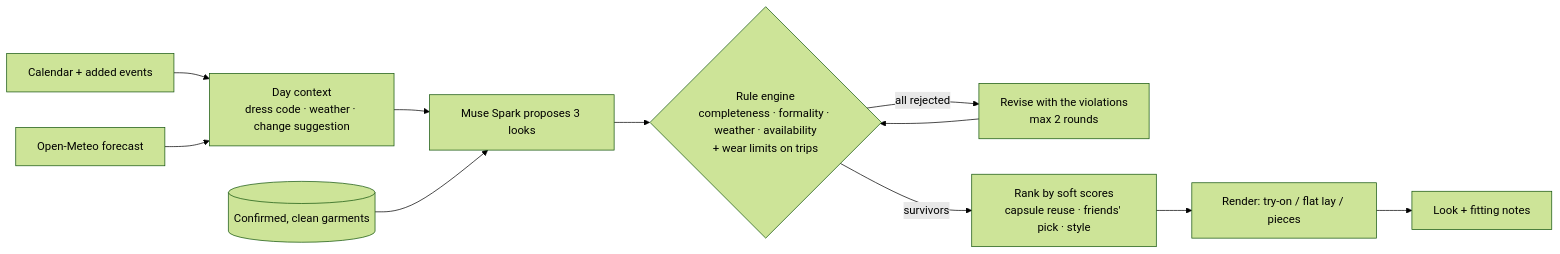
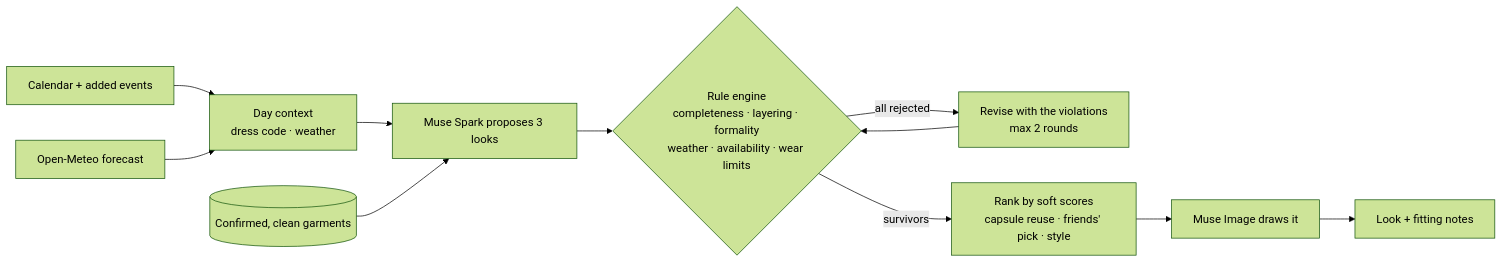
Before and after one commit to Mister-Coolman/wardrobe-stylist: the diagram in README.md, drawn with Mermaid (forest theme). The commit also changed other lines of this file and 1 other file, not shown here.

````diff
--- a/README.md
+++ b/README.md
@@ -43,13 +60,13 @@
 ```mermaid
 flowchart LR
-  A[Calendar + added events] --> C[Day context<br/>dress code · weather · change suggestion]
+  A[Calendar + added events] --> C[Day context<br/>dress code · weather]
   B[Open-Meteo forecast] --> C
   C --> D[Muse Spark proposes 3 looks]
   W[(Confirmed, clean garments)] --> D
-  D --> E{Rule engine<br/>completeness · formality · weather · availability<br/>+ wear limits on trips}
+  D --> E{Rule engine<br/>completeness · layering · formality<br/>weather · availability · wear limits}
   E -- all rejected --> F[Revise with the violations<br/>max 2 rounds]
   F --> E
   E -- survivors --> G[Rank by soft scores<br/>capsule reuse · friends' pick · style]
-  G --> H[Render: try-on / flat lay / pieces]
+  G --> H[Muse Image draws it]
   H --> I[Look + fitting notes]
 ```
````
